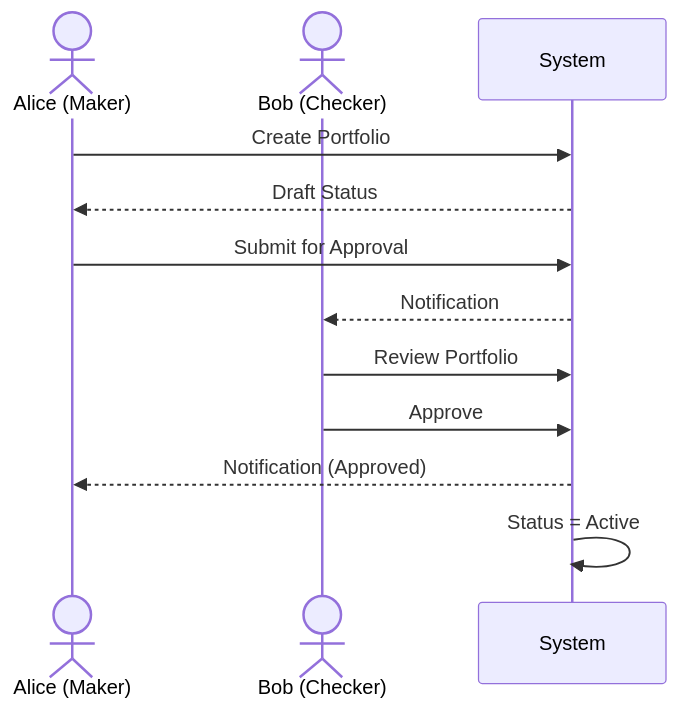
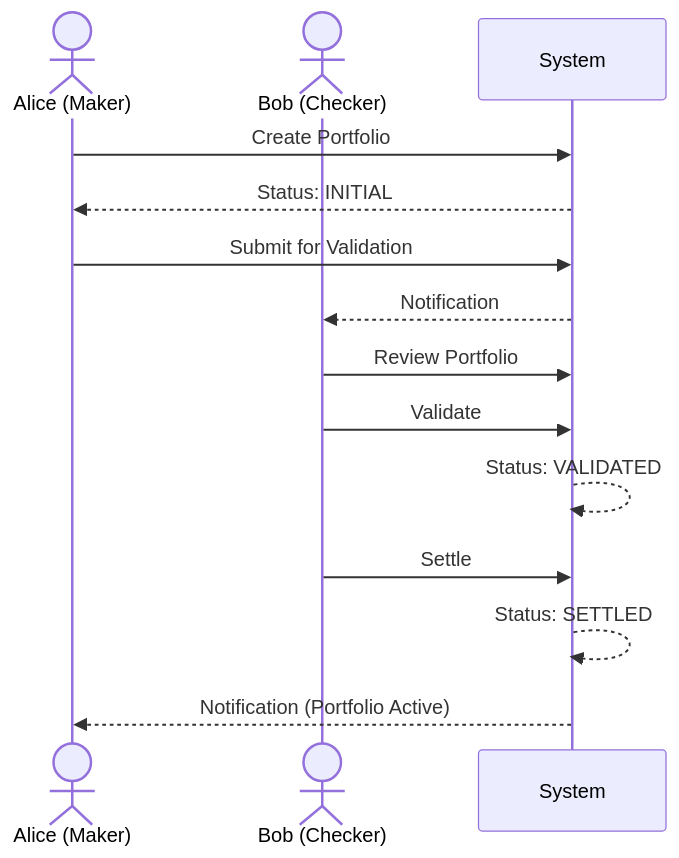
Before and after one commit to lifeislearningforever/Trade_Management_System: the second of 4 diagrams in cis_trade_hive/docs/docs/business/four-eyes-workflow.md, drawn with Mermaid. The commit also changed other lines of this file and 43 other files, not shown here.

````diff
--- a/cis_trade_hive/docs/docs/business/four-eyes-workflow.md
+++ b/cis_trade_hive/docs/docs/business/four-eyes-workflow.md
@@ -240,15 +278,17 @@
 ```mermaid
 sequenceDiagram
     actor Alice as Alice (Maker)
     actor Bob as Bob (Checker)
     participant System
 
     Alice->>System: Create Portfolio
-    System-->>Alice: Draft Status
-    Alice->>System: Submit for Approval
+    System-->>Alice: Status: INITIAL
+    Alice->>System: Submit for Validation
     System-->>Bob: Notification
     Bob->>System: Review Portfolio
-    Bob->>System: Approve
-    System-->>Alice: Notification (Approved)
-    System->>System: Status = Active
+    Bob->>System: Validate
+    System-->>System: Status: VALIDATED
+    Bob->>System: Settle
+    System-->>System: Status: SETTLED
+    System-->>Alice: Notification (Portfolio Active)
 ```
````
